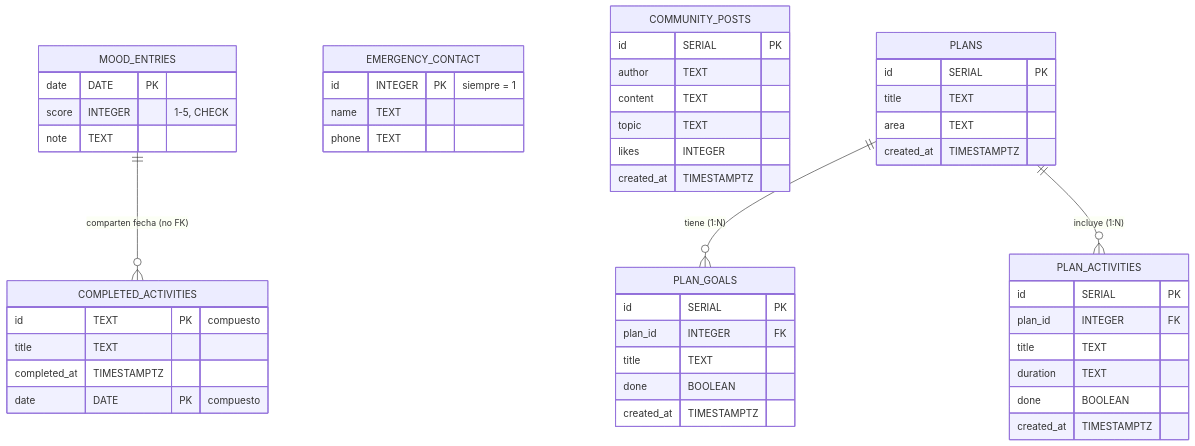
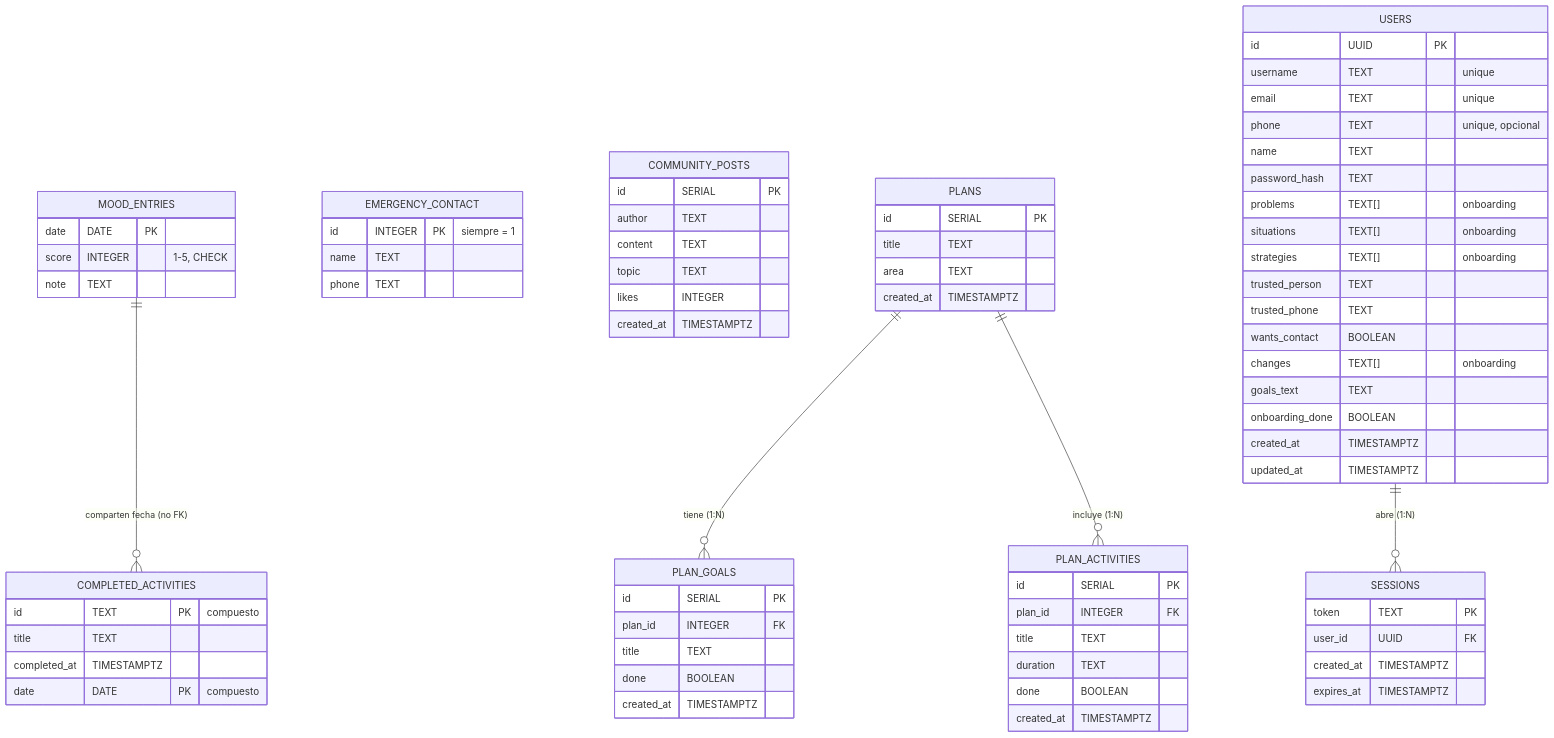
Before and after one commit to Imandro/AliviaApp: the diagram in db/er-model.md, drawn with Mermaid. The commit also changed other lines of this file and 18 other files, not shown here.

````diff
--- a/db/er-model.md
+++ b/db/er-model.md
@@ -58,8 +58,36 @@
         created_at TIMESTAMPTZ
     }
 
+    USERS {
+        id UUID PK
+        username TEXT "unique"
+        email TEXT "unique"
+        phone TEXT "unique, opcional"
+        name TEXT
+        password_hash TEXT
+        problems TEXT[] "onboarding"
+        situations TEXT[] "onboarding"
+        strategies TEXT[] "onboarding"
+        trusted_person TEXT
+        trusted_phone TEXT
+        wants_contact BOOLEAN
+        changes TEXT[] "onboarding"
+        goals_text TEXT
+        onboarding_done BOOLEAN
+        created_at TIMESTAMPTZ
+        updated_at TIMESTAMPTZ
+    }
+
+    SESSIONS {
+        token TEXT PK
+        user_id UUID FK
+        created_at TIMESTAMPTZ
+        expires_at TIMESTAMPTZ
+    }
+
     PLANS ||--o{ PLAN_GOALS : "tiene (1:N)"
     PLANS ||--o{ PLAN_ACTIVITIES : "incluye (1:N)"
+    USERS ||--o{ SESSIONS : "abre (1:N)"
 
     MOOD_ENTRIES ||--o{ COMPLETED_ACTIVITIES : "comparten fecha (no FK)"
 ```
````
